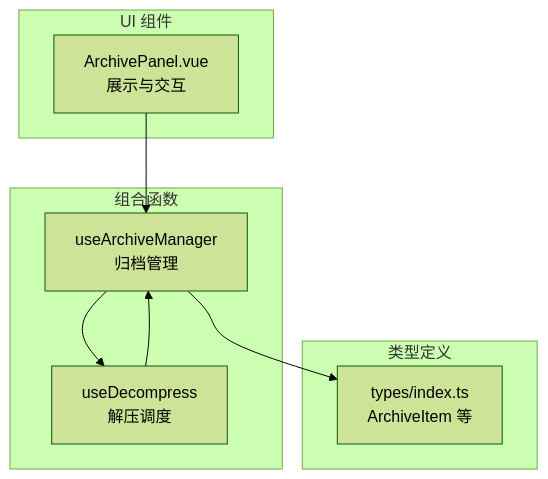
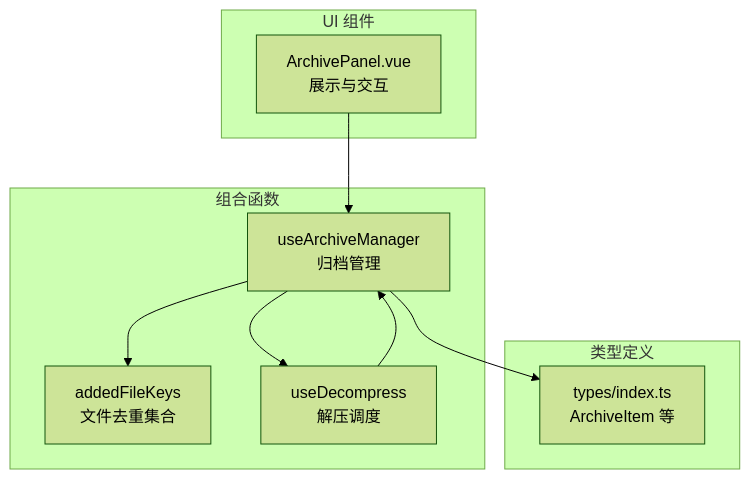
Before and after one commit to taoweidong/Hello-Tauri: the first of 4 diagrams in .qoder/repowiki/zh/content/架构设计/数据流模式/组合式函数数据逻辑/归档管理组合函数.md, drawn with Mermaid (forest theme). The commit also changed other lines of this file and 72 other files, not shown here.

````diff
--- a/.qoder/repowiki/zh/content/架构设计/数据流模式/组合式函数数据逻辑/归档管理组合函数.md
+++ b/.qoder/repowiki/zh/content/架构设计/数据流模式/组合式函数数据逻辑/归档管理组合函数.md
@@ -30,17 +40,19 @@
 ```mermaid
 graph TB
 subgraph "组合函数"
 UA["useArchiveManager<br/>归档管理"]
+AFK["addedFileKeys<br/>文件去重集合"]
 UD["useDecompress<br/>解压调度"]
 end
 subgraph "类型定义"
 T["types/index.ts<br/>ArchiveItem 等"]
 end
 subgraph "UI 组件"
 AP["ArchivePanel.vue<br/>展示与交互"]
 end
+UA --> AFK
 UA --> UD
 UA --> T
 UD --> UA
 AP --> UA
 ```
````
